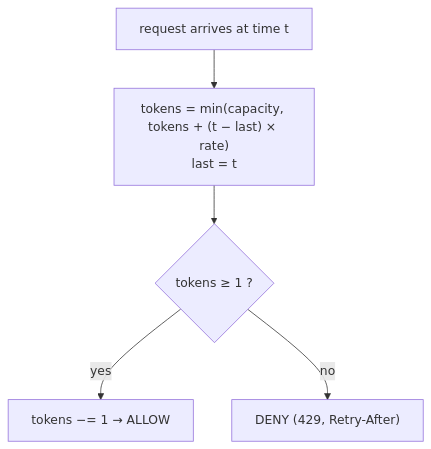
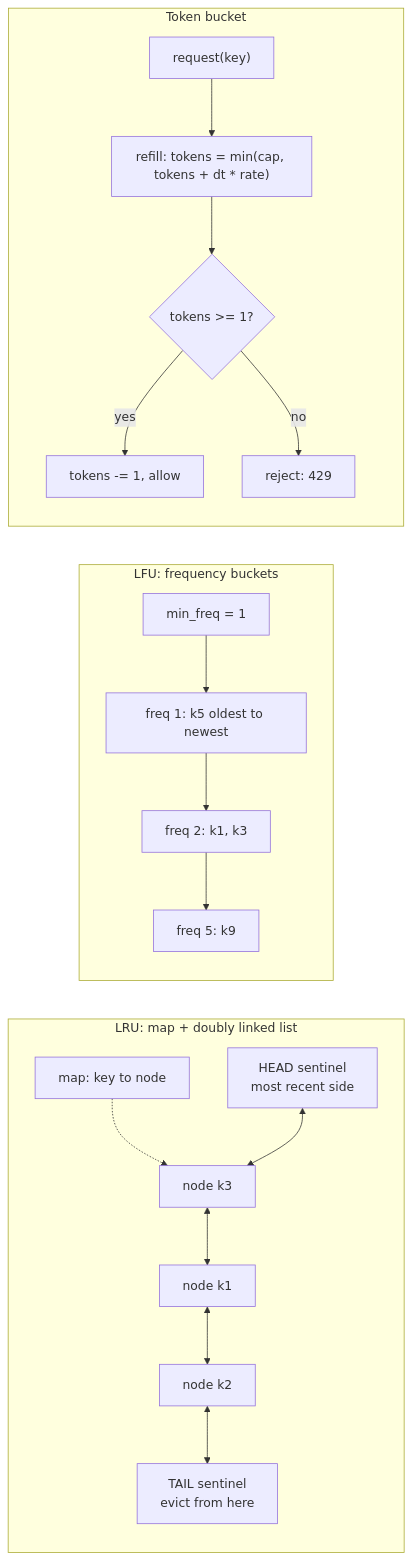
Before and after one commit to TapanKumarBarik/Backend-roadmap: the diagram in content/lld/18-lru-lfu-cache-and-rate-limiter/README.md, drawn with Mermaid. The commit also changed other lines of this file and 73 other files, not shown here.

````diff
--- a/content/lld/18-lru-lfu-cache-and-rate-limiter/README.md
+++ b/content/lld/18-lru-lfu-cache-and-rate-limiter/README.md
@@ -54,7 +36,18 @@
 ```mermaid
-flowchart TD
-  R["request arrives at time t"] --> Refill["tokens = min(capacity, tokens + (t − last) × rate)<br/>last = t"]
-  Refill --> Q{"tokens ≥ 1 ?"}
-  Q -->|yes| Spend["tokens −= 1 → ALLOW"]
-  Q -->|no| Deny["DENY (429, Retry-After)"]
+flowchart LR
+  subgraph LRU["LRU: map + doubly linked list"]
+    M["map: key to node"] -.-> N1
+    H["HEAD sentinel<br/>most recent side"] <--> N1["node k3"] <--> N2["node k1"] <--> N3["node k2"] <--> T["TAIL sentinel<br/>evict from here"]
+  end
+  subgraph LFU["LFU: frequency buckets"]
+    MF["min_freq = 1"] --> B1["freq 1: k5 oldest to newest"]
+    B1 --> B2["freq 2: k1, k3"]
+    B2 --> B5["freq 5: k9"]
+  end
+  subgraph RL["Token bucket"]
+    Rq["request(key)"] --> Ref["refill: tokens = min(cap, tokens + dt * rate)"]
+    Ref --> Dec{"tokens >= 1?"}
+    Dec -->|yes| Ok["tokens -= 1, allow"]
+    Dec -->|no| No["reject: 429"]
+  end
 ```
````
